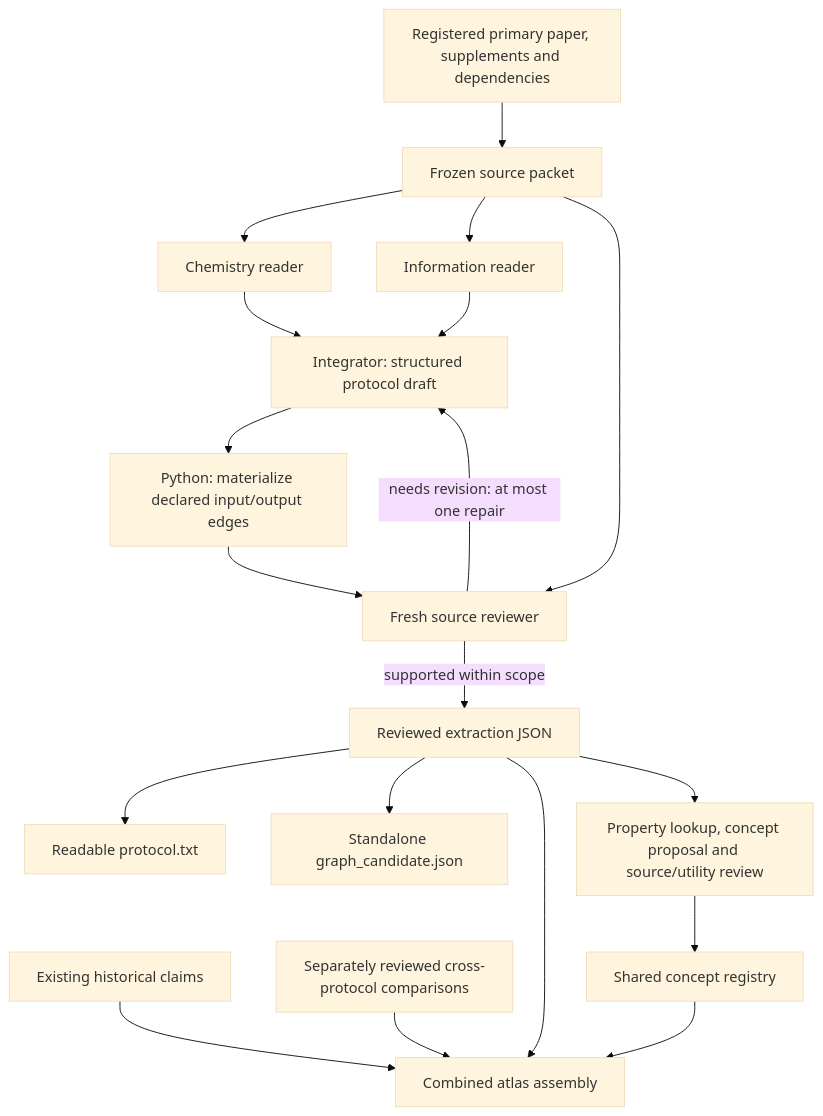
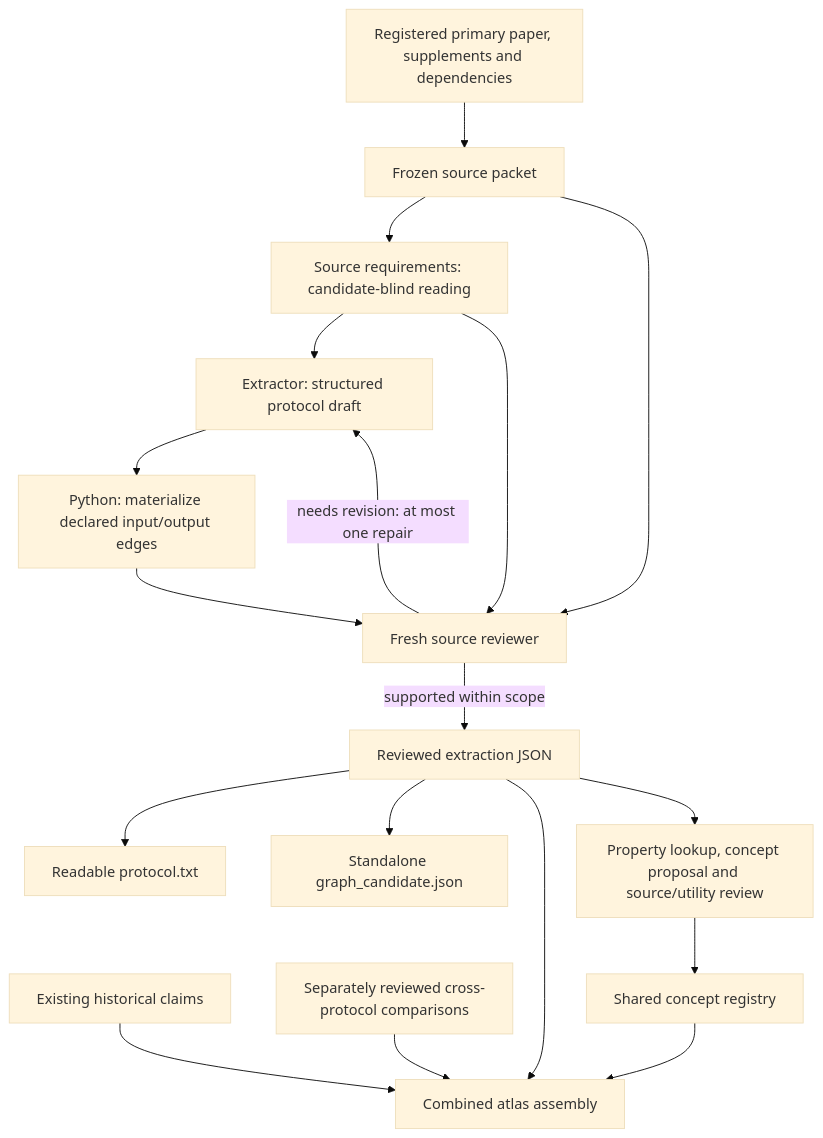
The diagram in README.md (stojkovicMihajlo/-sequencing-technology-atlas), drawn with Mermaid (base theme) before and after one commit. The commit also changed other lines of this file and 179 other files, not shown here.

````diff
--- a/README.md
+++ b/README.md
@@ -77,21 +80,20 @@
 ```mermaid
 flowchart TD
     S[Registered primary paper, supplements and dependencies] --> P[Frozen source packet]
-    P --> C[Chemistry reader]
-    P --> I[Information reader]
-    C --> W[Integrator: structured protocol draft]
-    I --> W
+    P --> C[Source requirements: candidate-blind reading]
+    C --> W[Extractor: structured protocol draft]
     W --> A[Python: materialize declared input/output edges]
     A --> R[Fresh source reviewer]
     P --> R
+    C --> R
     R -->|needs revision: at most one repair| W
     R -->|supported within scope| J[Reviewed extraction JSON]
     J --> T[Readable protocol.txt]
     J --> G[Standalone graph_candidate.json]
     J --> B[Combined atlas assembly]
     H[Existing historical claims] --> B
     M[Separately reviewed cross-protocol comparisons] --> B
     J --> L[Property lookup, concept proposal and source/utility review]
     L --> K[Shared concept registry]
     K --> B
 ```
````
